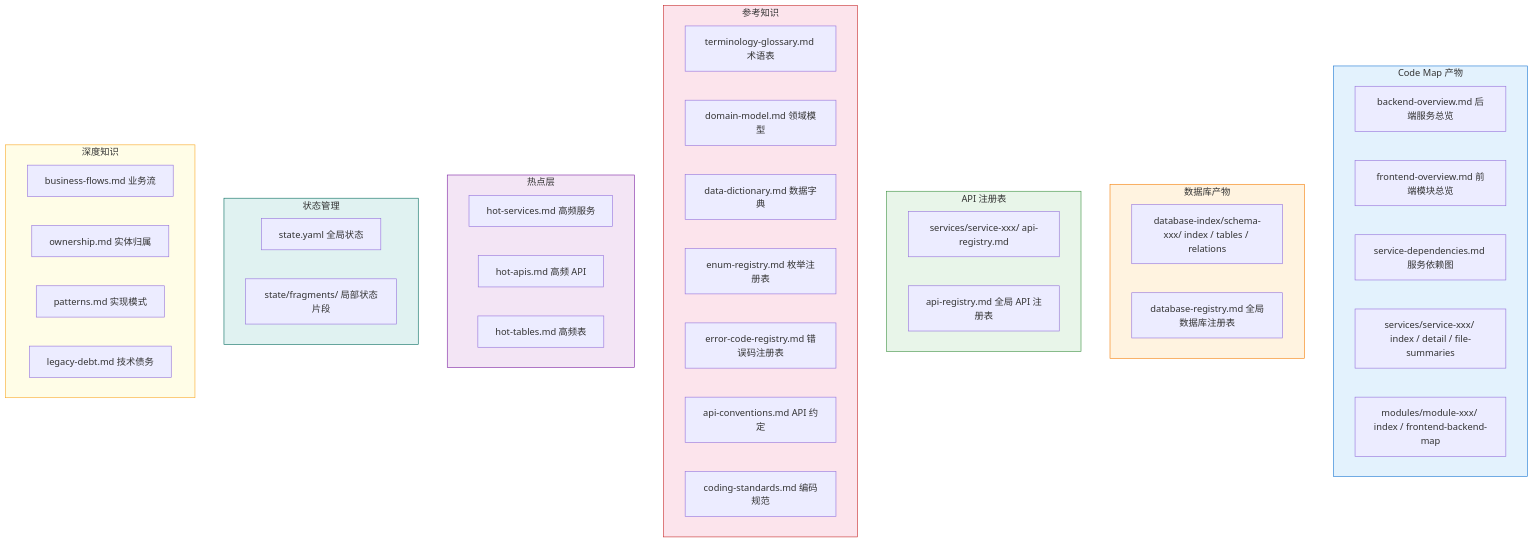
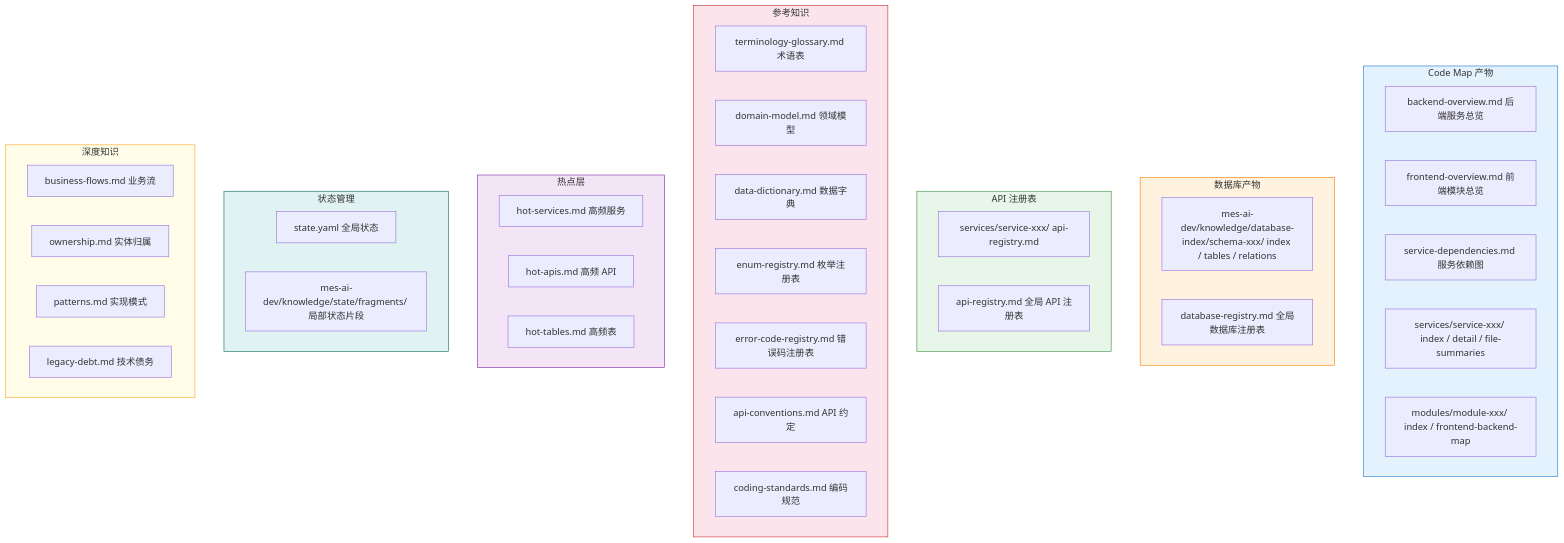
The third of 4 diagrams in mes-ai-dev/workspace/training/01-phase-init-flowchart.md (mes-openai/mes-ai-dev), drawn with Mermaid before and after one commit. The commit also changed other lines of this file and 130 other files, not shown here.

````diff
--- a/mes-ai-dev/workspace/training/01-phase-init-flowchart.md
+++ b/mes-ai-dev/workspace/training/01-phase-init-flowchart.md
@@ -171,56 +171,56 @@
 ```mermaid
 flowchart TB
     subgraph CODE_MAP ["Code Map 产物"]
         CM1["backend-overview.md 后端服务总览"]
         CM2["frontend-overview.md 前端模块总览"]
         CM3["service-dependencies.md 服务依赖图"]
         CM4["services/service-xxx/ index / detail / file-summaries"]
         CM5["modules/module-xxx/ index / frontend-backend-map"]
     end
 
     subgraph DATABASE ["数据库产物"]
-        DB1["database-index/schema-xxx/ index / tables / relations"]
+        DB1["mes-ai-dev/knowledge/database-index/schema-xxx/ index / tables / relations"]
         DB2["database-registry.md 全局数据库注册表"]
     end
 
     subgraph API_REG ["API 注册表"]
         API1["services/service-xxx/ api-registry.md"]
         API2["api-registry.md 全局 API 注册表"]
     end
 
     subgraph REFERENCE ["参考知识"]
         REF1["terminology-glossary.md 术语表"]
         REF2["domain-model.md 领域模型"]
         REF3["data-dictionary.md 数据字典"]
         REF4["enum-registry.md 枚举注册表"]
         REF5["error-code-registry.md 错误码注册表"]
         REF6["api-conventions.md API 约定"]
         REF7["coding-standards.md 编码规范"]
     end
 
     subgraph HOT ["热点层"]
         H1["hot-services.md 高频服务"]
         H2["hot-apis.md 高频 API"]
         H3["hot-tables.md 高频表"]
     end
 
     subgraph STATE ["状态管理"]
         S1["state.yaml 全局状态"]
-        S2["state/fragments/ 局部状态片段"]
+        S2["mes-ai-dev/knowledge/state/fragments/ 局部状态片段"]
     end
 
     subgraph KNOWLEDGE ["深度知识"]
         K1["business-flows.md 业务流"]
         K2["ownership.md 实体归属"]
         K3["patterns.md 实现模式"]
         K4["legacy-debt.md 技术债务"]
     end
 
     style CODE_MAP fill:#E3F2FD,stroke:#1976D2
     style DATABASE fill:#FFF3E0,stroke:#F57C00
     style API_REG fill:#E8F5E9,stroke:#388E3C
     style REFERENCE fill:#FCE4EC,stroke:#C62828
     style HOT fill:#F3E5F5,stroke:#7B1FA2
     style STATE fill:#E0F2F1,stroke:#00695C
     style KNOWLEDGE fill:#FFFDE7,stroke:#F9A825
 ```
````
